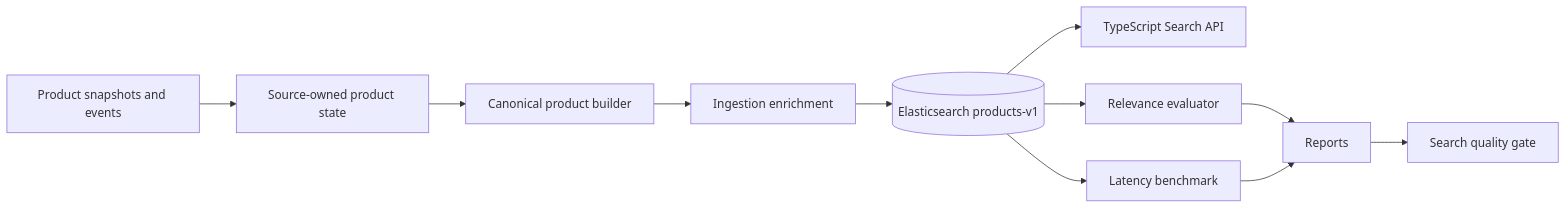
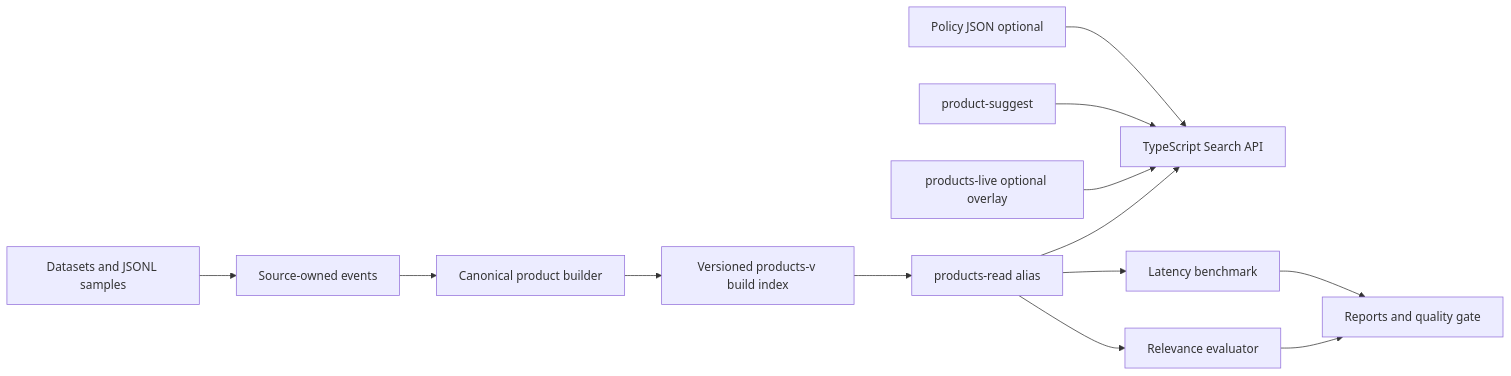
Before and after one commit to esterkane/elastic-product-search-lab: the diagram in README.md, drawn with Mermaid. The commit also changed other lines of this file and 8 other files, not shown here.

````diff
--- a/README.md
+++ b/README.md
@@ -24,13 +24,15 @@
 ```mermaid
 flowchart LR
-    A[Product snapshots and events] --> B[Source-owned product state]
+    A[Datasets and JSONL samples] --> B[Source-owned events]
     B --> C[Canonical product builder]
-    C --> D[Ingestion enrichment]
-    D --> E[(Elasticsearch products-v1)]
+    C --> D[Versioned products-v build index]
+    D --> E[products-read alias]
     E --> F[TypeScript Search API]
-    E --> G[Relevance evaluator]
-    E --> H[Latency benchmark]
-    G --> I[Reports]
-    H --> I
-    I --> J[Search quality gate]
+    G[products-live optional overlay] --> F
+    H[product-suggest] --> F
+    I[Policy JSON optional] --> F
+    E --> J[Relevance evaluator]
+    E --> K[Latency benchmark]
+    J --> L[Reports and quality gate]
+    K --> L
 ```
````
